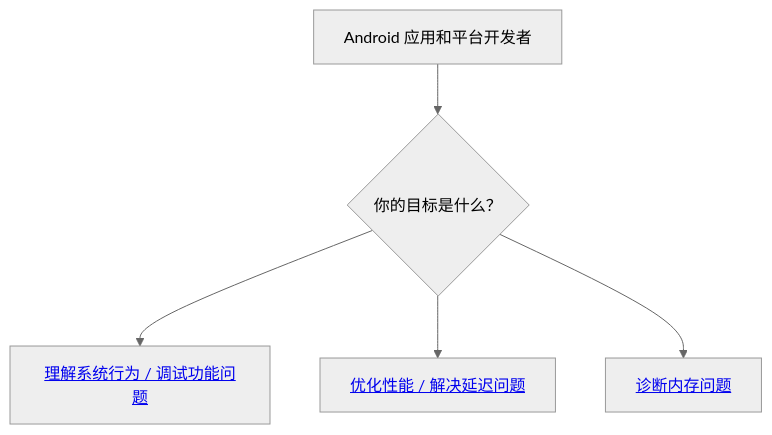
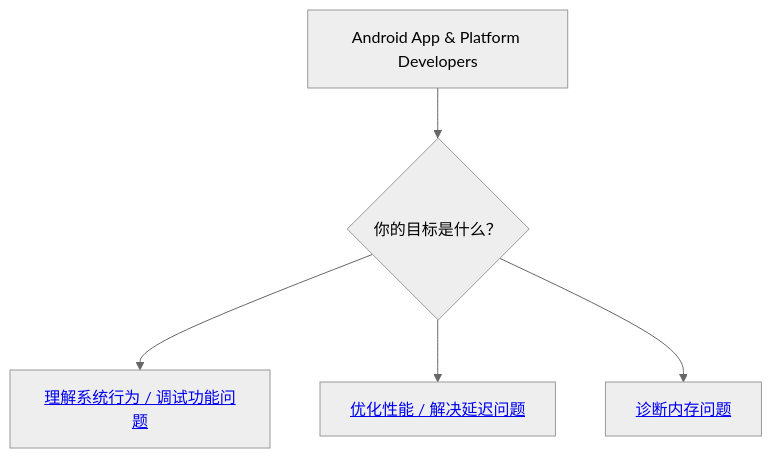
Before and after one commit to GuGu-Perf/perfetto-docs-zh-cn: the second of 2 diagrams in docs/getting-started/start-using-perfetto.md, drawn with Mermaid (neutral theme). The commit also changed other lines of this file and 62 other files, not shown here.

````diff
--- a/docs/getting-started/start-using-perfetto.md
+++ b/docs/getting-started/start-using-perfetto.md
@@ -29,7 +29,7 @@
 ```mermaid
 graph TD
-    A[Android 应用和平台开发者] --> B{你的目标是什么？};
+    A[Android App & Platform Developers] --> B{你的目标是什么？};
     B --> C["<a href='#android-understanding-system-behavior'>理解系统行为 / 调试功能问题</a>"];
     B --> D["<a href='#android-optimizing-performance'>优化性能 / 解决延迟问题</a>"];
     B --> E["<a href='#android-diagnosing-memory-issues'>诊断内存问题</a>"];
 ```
````
